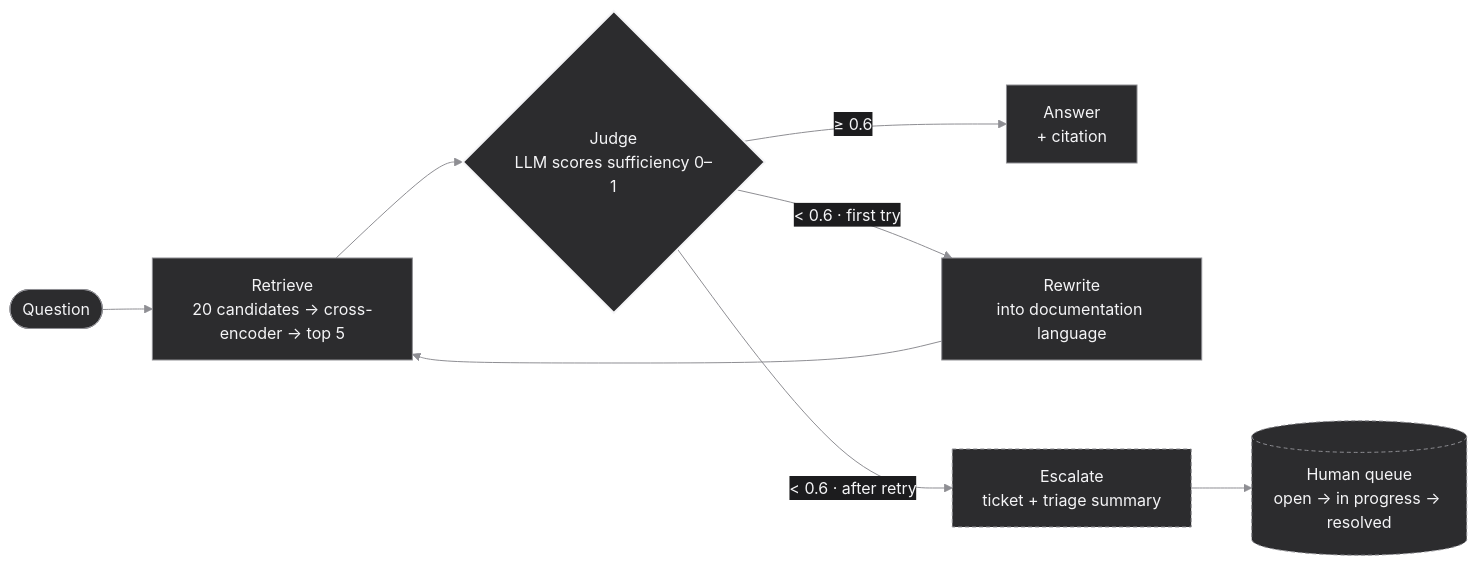
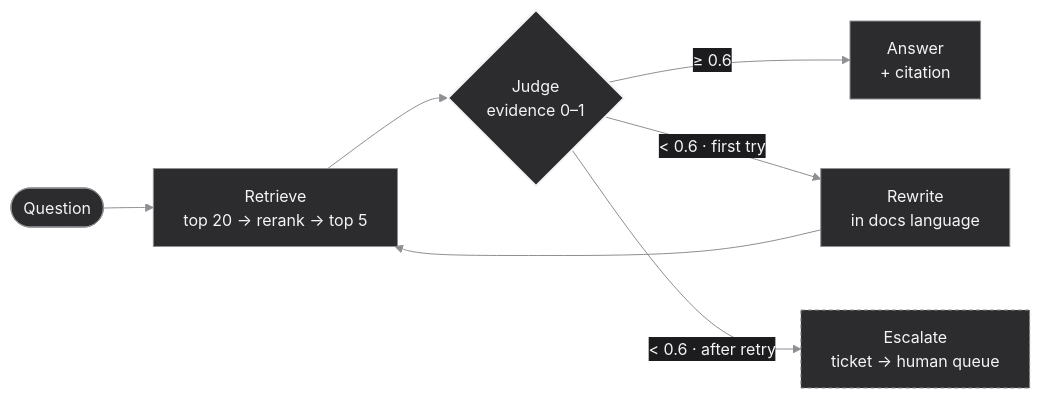
One commit to ahmedali-aihub/ahmedali-aihub changed the first of 4 diagrams in README.md. Above: the diagram before and after it, drawn with Mermaid.

Commit message:
Keep the RAG diagram clear of GitHub's zoom controls

````diff
--- a/README.md
+++ b/README.md
@@ -91,15 +91,14 @@
 ```mermaid
 %%{init: {'theme':'base','themeVariables':{'primaryColor':'#2c2c2e','primaryTextColor':'#f5f5f7','primaryBorderColor':'#8e8e93','lineColor':'#8e8e93','textColor':'#f5f5f7','secondaryColor':'#1c1c1e','tertiaryColor':'#1c1c1e','edgeLabelBackground':'#1c1c1e','clusterBkg':'#1c1c1e','clusterBorder':'#636366','fontFamily':'-apple-system,Segoe UI,Helvetica,Arial,sans-serif'}}}%%
 flowchart LR
-  Q([Question]) --> R["Retrieve<br/>20 candidates → cross-encoder → top 5"]
-  R --> J{"Judge<br/>LLM scores sufficiency 0–1"}
+  Q([Question]) --> R["Retrieve<br/>top 20 → rerank → top 5"]
+  R --> J{"Judge<br/>evidence 0–1"}
   J -- "≥ 0.6" --> A["Answer<br/>+ citation"]
-  J -- "< 0.6 · first try" --> W["Rewrite<br/>into documentation language"]
+  J -- "< 0.6 · first try" --> W["Rewrite<br/>in docs language"]
   W --> R
-  J -- "< 0.6 · after retry" --> E["Escalate<br/>ticket + triage summary"]
-  E --> H[("Human queue<br/>open → in progress → resolved")]
+  J -- "< 0.6 · after retry" --> E["Escalate<br/>ticket → human queue"]
   classDef gate stroke:#f5f5f7,stroke-width:2px
   classDef handoff stroke-dasharray:4 3
   class J gate
-  class E,H handoff
+  class E handoff
 ```
````
